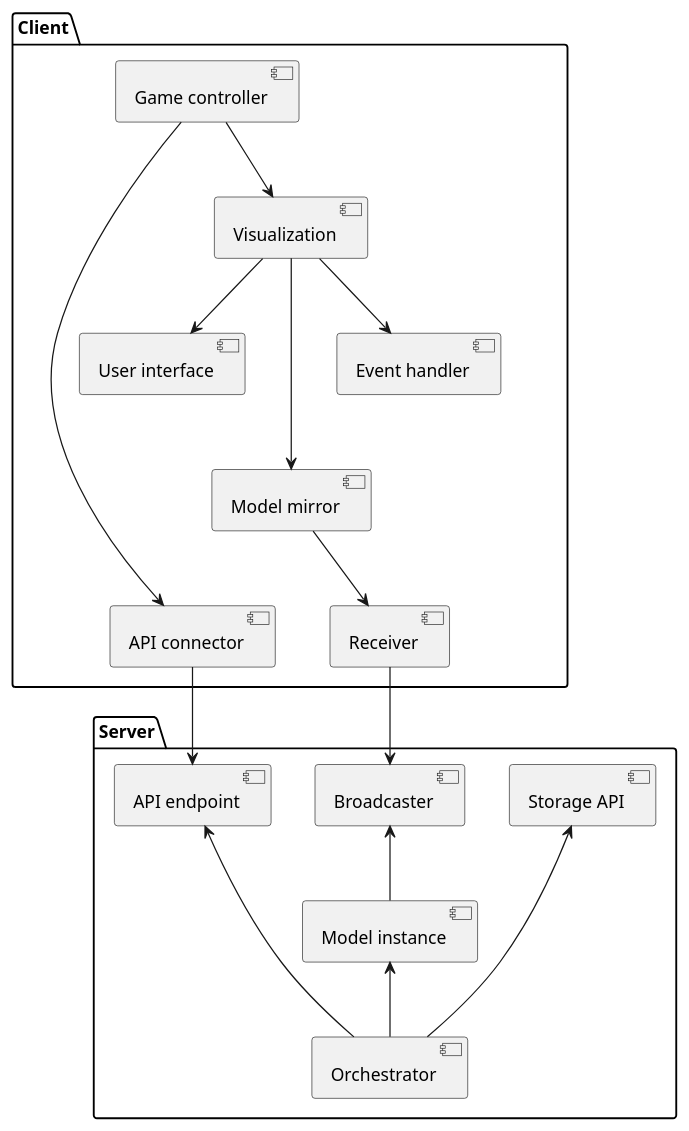
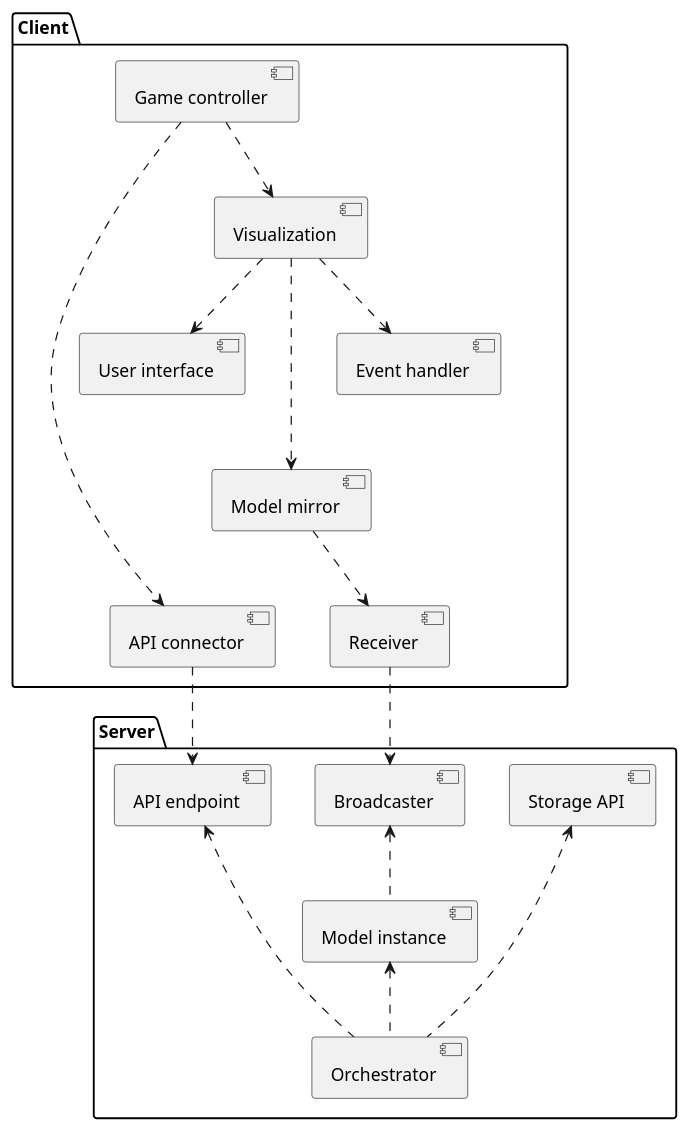
Before and after one commit to SWA-group-1/PlantUML: the diagram in Development/Component/ClientServer.puml, drawn with PlantUML.

Commit message:
Changed component view to be like described in slides. #4
Note: This is different from real UML Component diagrams...

```diff
--- a/Development/Component/ClientServer.puml
+++ b/Development/Component/ClientServer.puml
@@ -1,47 +1,47 @@
 @startuml
 'https://plantuml.com/component-diagram
 
 package "Server" {
     component "API endpoint" as endpoint
     component "Broadcaster" as broadcaster
     component "Model instance" as model
     component "Orchestrator" as orchestrator
     component "Storage API" as storage
 
-    orchestrator -up-> endpoint
-    orchestrator -up-> model
-    orchestrator -up-> storage
-    model -[hidden]up-> endpoint
-    model -up-> broadcaster
-    model -[hidden]up-> storage
+    orchestrator .up.> endpoint
+    orchestrator .up.> model
+    orchestrator .up.> storage
+    model -[hidden]up- endpoint
+    model .up.> broadcaster
+    model -[hidden]up- storage
 }
 
 package "Client" {
     component "Event handler" as event
     component "Game controller" as controller
     component "Model mirror" as mirror
     component "Receiver" as receiver
     component "API connector" as connector
     component "Visualization" as visualization
     component "User interface" as ui
 
-    controller -down-> visualization
-    controller -down-> connector
-    visualization -[hidden]down-> receiver
-    visualization -down-> event
-    visualization -down-> ui
-    visualization -down-> mirror
-    event -[hidden]-> mirror
-    event -[hidden]-> receiver
-    event -[hidden]-> connector
-    ui -[hidden]-> mirror
-    ui -[hidden]-> receiver
-    ui -[hidden]-> connector
-    mirror -[hidden]-> connector
-    mirror --> receiver
+    controller .down.> visualization
+    controller .down.> connector
+    visualization .down.> event
+    visualization .down.> mirror
+    visualization -[hidden]down- receiver
+    visualization .down.> ui
+    event -[hidden]- mirror
+    event -[hidden]- receiver
+    event -[hidden]- connector
+    ui -[hidden]- mirror
+    ui -[hidden]- receiver
+    ui -[hidden]- connector
+    mirror -[hidden]- connector
+    mirror ..> receiver
 }
 
-receiver --> broadcaster
-connector --> endpoint
+receiver ..> broadcaster
+connector ..> endpoint
 
 @enduml
```
